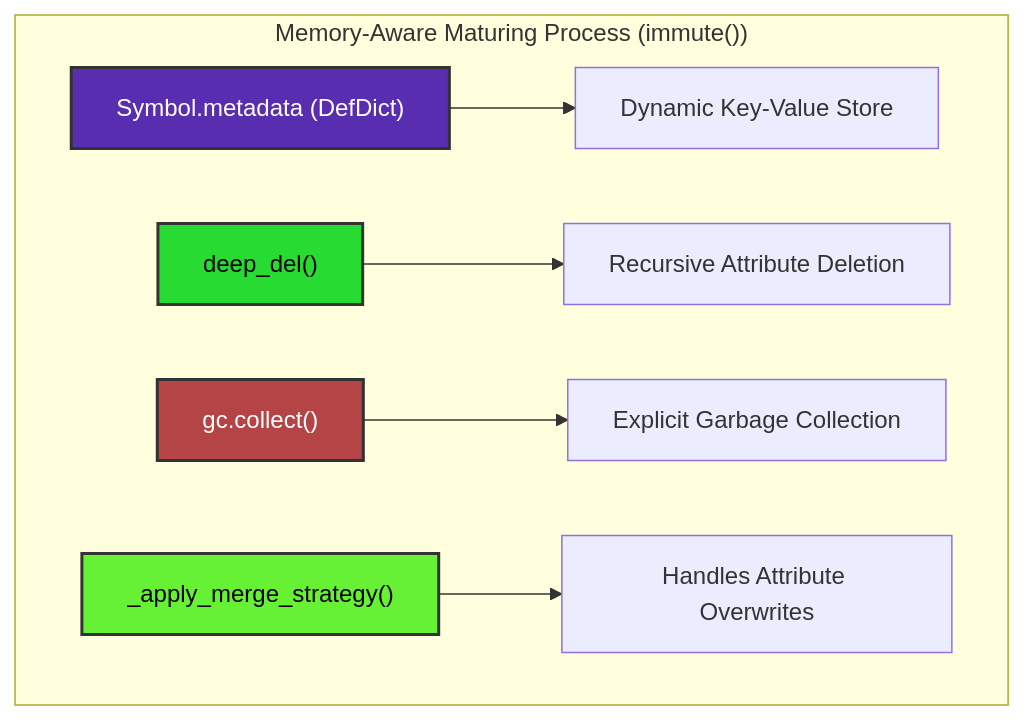
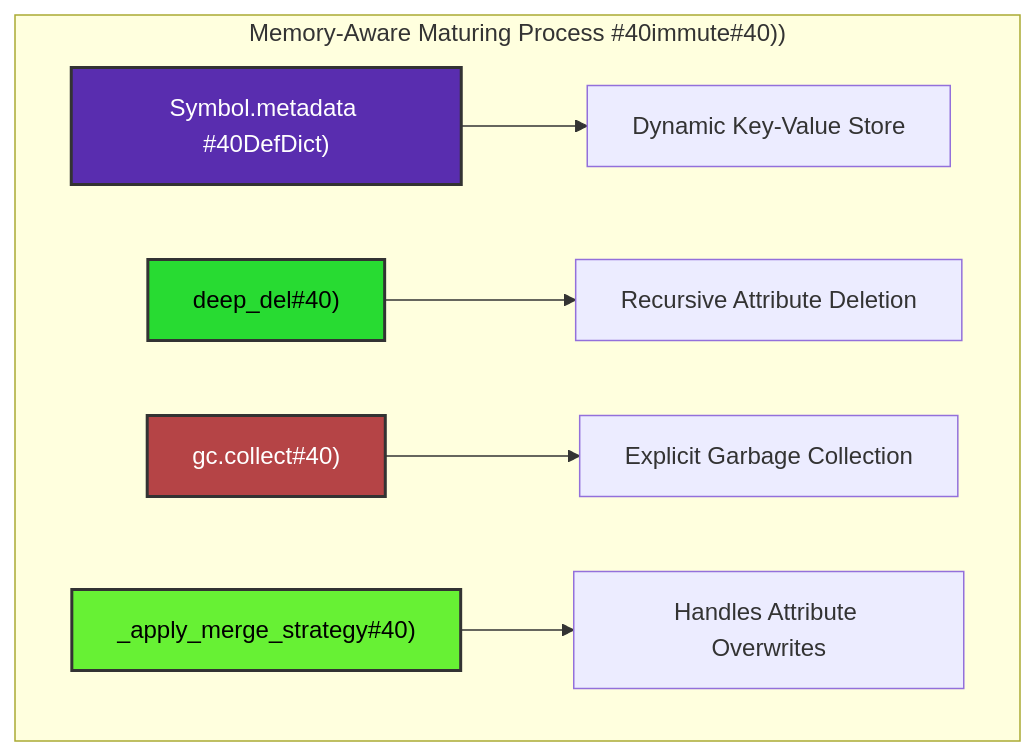
Before and after one commit to ikko/sym: the diagram in docs/readme_details/6_memory_aware_maturing/maturing_process_2.mmd, drawn with Mermaid. The commit also changed 38 other files, not shown here.

Commit message:
mermaids maybe fixed

```diff
--- a/docs/readme_details/6_memory_aware_maturing/maturing_process_2.mmd
+++ b/docs/readme_details/6_memory_aware_maturing/maturing_process_2.mmd
@@ -1,13 +1,13 @@
 
 graph TD
-    subgraph "Memory-Aware Maturing Process #40;immute#40;#41;#41;"
-        H[Symbol.metadata #40;DefDict#41;] --> I[Dynamic Key-Value Store];
-        J[deep_del#40;#41;] --> K[Recursive Attribute Deletion];
-        L[gc.collect#40;#41;] --> M[Explicit Garbage Collection];
-        N[_apply_merge_strategy#40;#41;] --> O[Handles Attribute Overwrites];
+    subgraph "Memory-Aware Maturing Process #40immute#40#41;#41;"
+        H[Symbol.metadata #40DefDict#41;] --> I[Dynamic Key-Value Store];
+        J[deep_del#40#41;] --> K[Recursive Attribute Deletion];
+        L[gc.collect#40#41;] --> M[Explicit Garbage Collection];
+        N[_apply_merge_strategy#40#41;] --> O[Handles Attribute Overwrites];
     end
 
     style H fill:#592daf,stroke:#333,stroke-width:2px,color:#FFFFFF
     style J fill:#28db32,stroke:#333,stroke-width:2px,color:#000000
     style L fill:#b54446,stroke:#333,stroke-width:2px,color:#FFFFFF;
     style N fill:#67f134,stroke:#333,stroke-width:2px,color:#000000;
```
